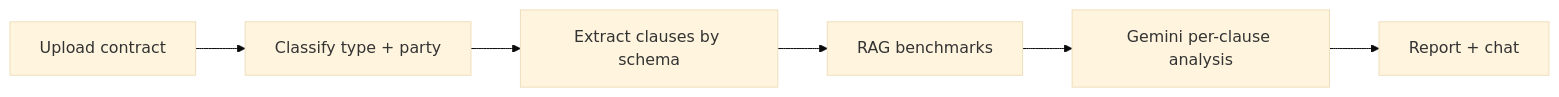
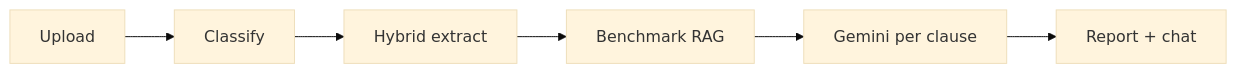
One commit to chxmq/lexguard changed the diagram in README.md. Above: the diagram before and after it, drawn with Mermaid (base theme). The commit also changed other lines of this file and 38 other files, not shown here.

````diff
--- a/README.md
+++ b/README.md
@@ -38,8 +37,8 @@
 ```mermaid
 flowchart LR
-  A[Upload contract] --> B[Classify type + party]
-  B --> C[Extract clauses by schema]
-  C --> D[RAG benchmarks]
-  D --> E[Gemini per-clause analysis]
+  A[Upload] --> B[Classify]
+  B --> C[Hybrid extract]
+  C --> D[Benchmark RAG]
+  D --> E[Gemini per clause]
   E --> F[Report + chat]
 ```
````
